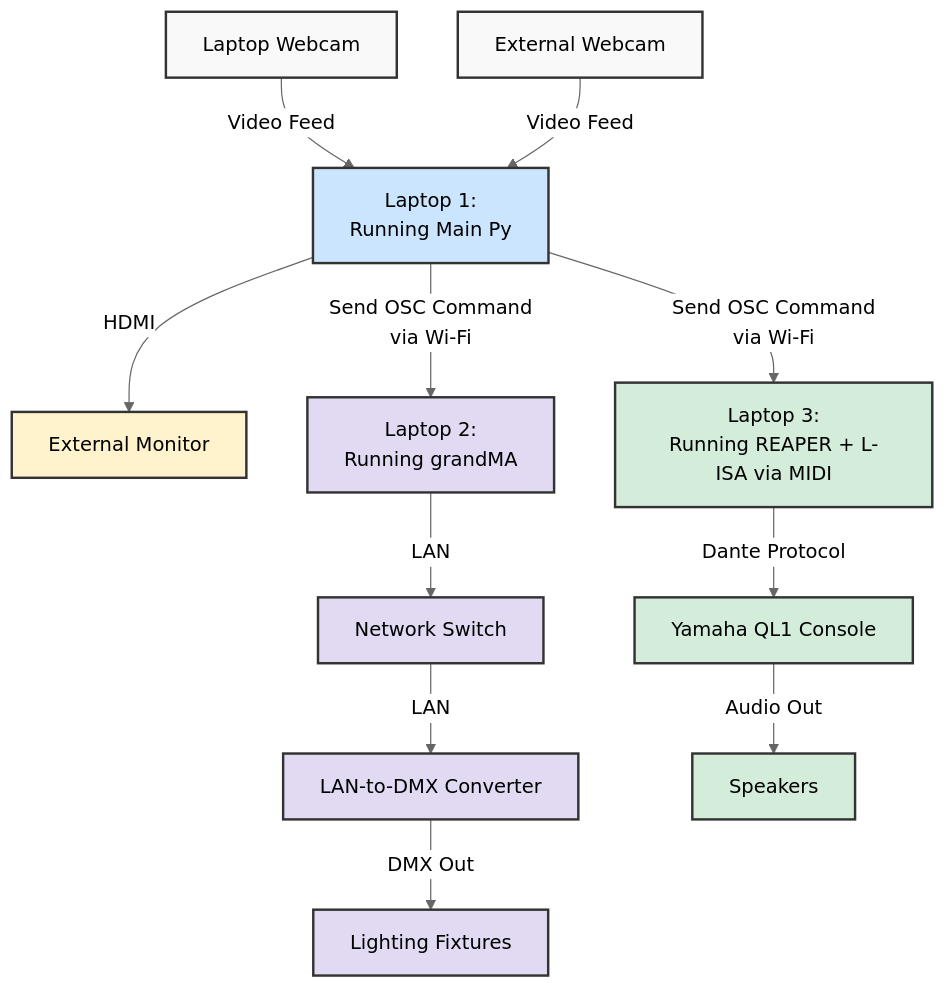
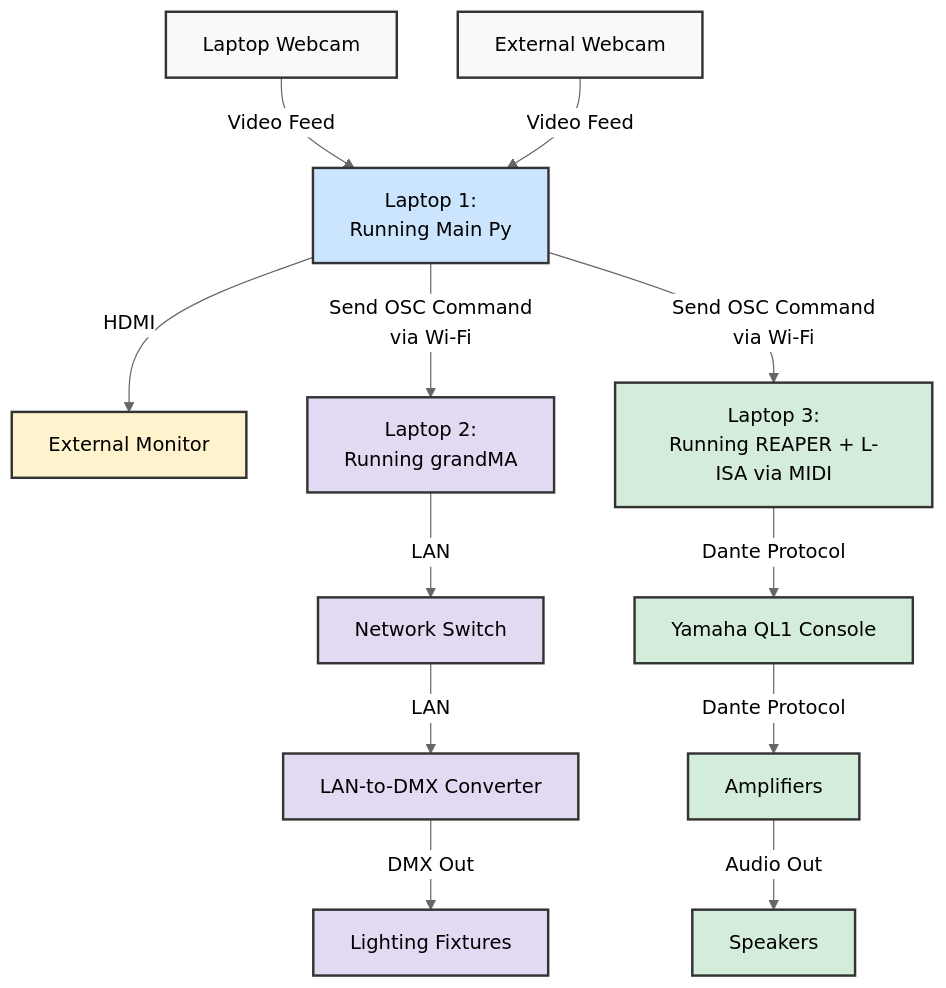
Before and after one commit to cel-esx/EGL314_TeamB: the diagram in README.md, drawn with Mermaid (neutral theme).

Commit message:
Updated system architecture

````diff
--- a/README.md
+++ b/README.md
@@ -64,35 +64,36 @@
 ```mermaid
 graph TD
     %% Style Definitions
     classDef inputs fill:#f9f9f9,stroke:#333,stroke-width:2px;
     classDef master fill:#cce5ff,stroke:#333,stroke-width:2px;
     classDef lighting fill:#e2d9f3,stroke:#333,stroke-width:2px;
     classDef audio fill:#d4edda,stroke:#333,stroke-width:2px;
     classDef hardware fill:#fff3cd,stroke:#333,stroke-width:2px;
 
     %% Visual & Input Hardware
     CAM1[Laptop Webcam] -->|Video Feed| B
     CAM2[External Webcam] -->|Video Feed| B
     B -->|HDMI| MON[External Monitor]
 
     %% Main Controller
     B[Laptop 1:<br>Running Main Py]
 
     %% Lighting Pipeline (Laptop 2)
     B -->|Send OSC Command<br>via Wi-Fi| C[Laptop 2:<br>Running grandMA]
     C -->|LAN| E[Network Switch]
     E -->|LAN| F[LAN-to-DMX Converter]
     F -->|DMX Out| G[Lighting Fixtures]
 
     %% Audio Pipeline (Laptop 3)
-    B -->|Send OSC Command<br>via Wi-Fi| D[Laptop 3:<br>Running REAPER + L-ISA via MIDI ]
+    B -->|Send OSC Command<br>via Wi-Fi| D[Laptop 3:<br>Running REAPER + L-ISA via MIDI]
     D -->|Dante Protocol| QL1[Yamaha QL1 Console]
-    QL1 -->|Audio Out| SPK[Speakers]
+    QL1 -->|Dante Protocol| AMP[Amplifiers]
+    AMP -->|Audio Out| SPK[Speakers]
 
     %% Assign Styles
     class CAM1,CAM2 inputs;
     class B master;
     class MON hardware;
     class C,E,F,G lighting;
-    class D,LISA,QL1,SPK audio;
+    class D,QL1,AMP,SPK audio;
 ```
````
